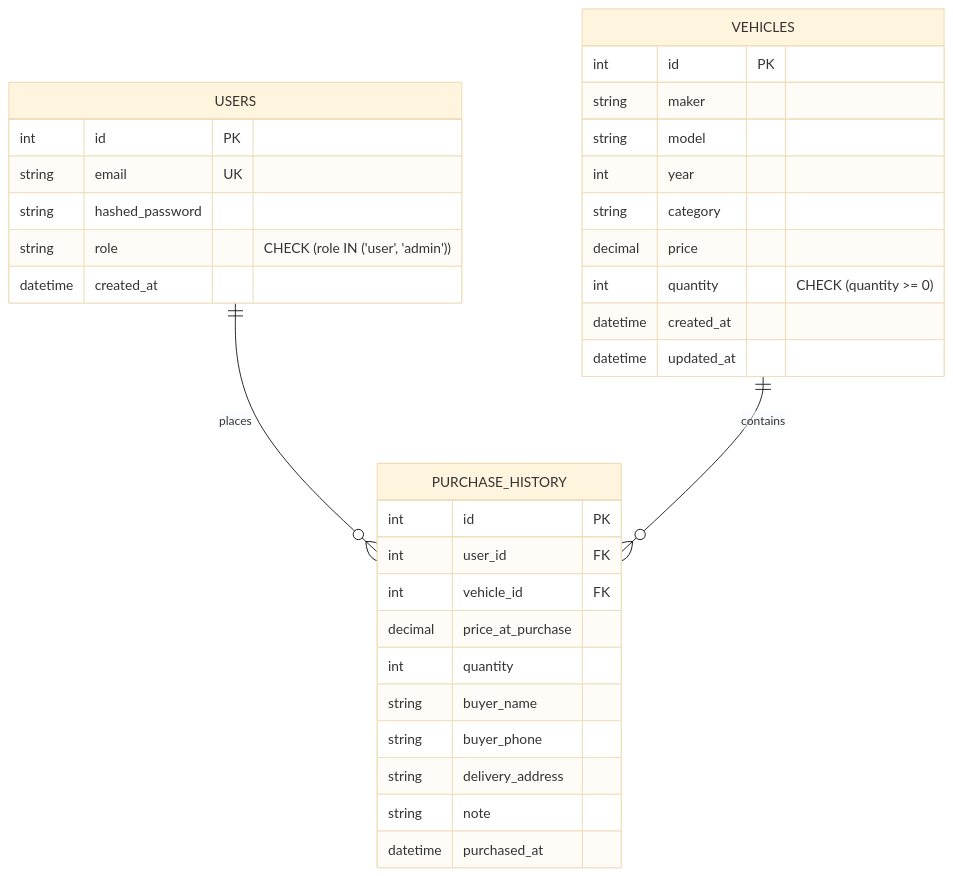
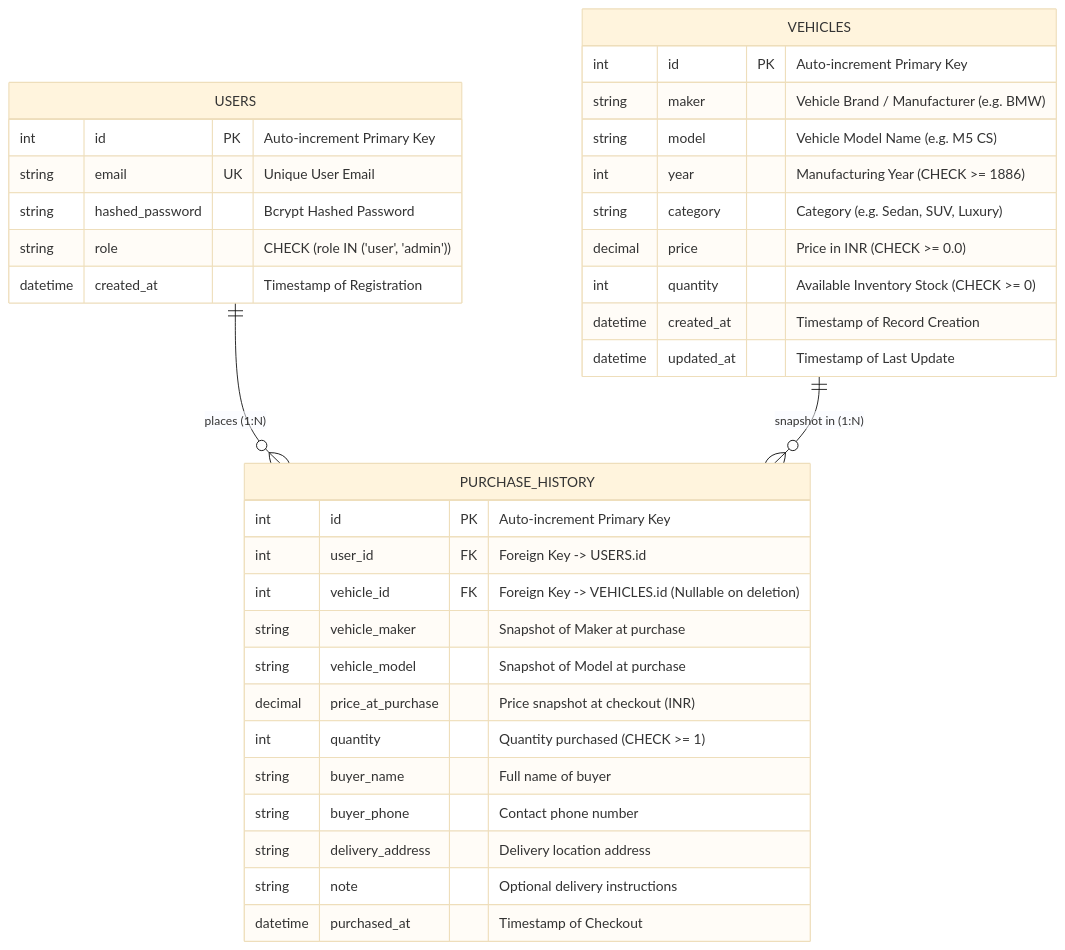
The fifth of 5 diagrams in README.md (em-srs/srs-dealership), drawn with Mermaid (base theme) before and after one commit. The commit also changed other lines of this file and 2 other files, not shown here.

Commit message:
docs: enhance README with detailed API specs & diagrams and add notes.md interview guide

````diff
--- a/README.md
+++ b/README.md
@@ -152,38 +318,40 @@
 ```mermaid
 erDiagram
-    USERS ||--o{ PURCHASE_HISTORY : places
-    VEHICLES ||--o{ PURCHASE_HISTORY : contains
+    USERS ||--o{ PURCHASE_HISTORY : "places (1:N)"
+    VEHICLES ||--o{ PURCHASE_HISTORY : "snapshot in (1:N)"
     
     USERS {
-        int id PK
-        string email UK
-        string hashed_password
+        int id PK "Auto-increment Primary Key"
+        string email UK "Unique User Email"
+        string hashed_password "Bcrypt Hashed Password"
         string role "CHECK (role IN ('user', 'admin'))"
-        datetime created_at
+        datetime created_at "Timestamp of Registration"
     }
 
     VEHICLES {
-        int id PK
-        string maker
-        string model
-        int year
-        string category
-        decimal price
-        int quantity "CHECK (quantity >= 0)"
-        datetime created_at
-        datetime updated_at
+        int id PK "Auto-increment Primary Key"
+        string maker "Vehicle Brand / Manufacturer (e.g. BMW)"
+        string model "Vehicle Model Name (e.g. M5 CS)"
+        int year "Manufacturing Year (CHECK >= 1886)"
+        string category "Category (e.g. Sedan, SUV, Luxury)"
+        decimal price "Price in INR (CHECK >= 0.0)"
+        int quantity "Available Inventory Stock (CHECK >= 0)"
+        datetime created_at "Timestamp of Record Creation"
+        datetime updated_at "Timestamp of Last Update"
     }
 
     PURCHASE_HISTORY {
-        int id PK
-        int user_id FK
-        int vehicle_id FK
-        decimal price_at_purchase
-        int quantity
-        string buyer_name
-        string buyer_phone
-        string delivery_address
-        string note
-        datetime purchased_at
+        int id PK "Auto-increment Primary Key"
+        int user_id FK "Foreign Key -> USERS.id"
+        int vehicle_id FK "Foreign Key -> VEHICLES.id (Nullable on deletion)"
+        string vehicle_maker "Snapshot of Maker at purchase"
+        string vehicle_model "Snapshot of Model at purchase"
+        decimal price_at_purchase "Price snapshot at checkout (INR)"
+        int quantity "Quantity purchased (CHECK >= 1)"
+        string buyer_name "Full name of buyer"
+        string buyer_phone "Contact phone number"
+        string delivery_address "Delivery location address"
+        string note "Optional delivery instructions"
+        datetime purchased_at "Timestamp of Checkout"
     }
 ```
````
